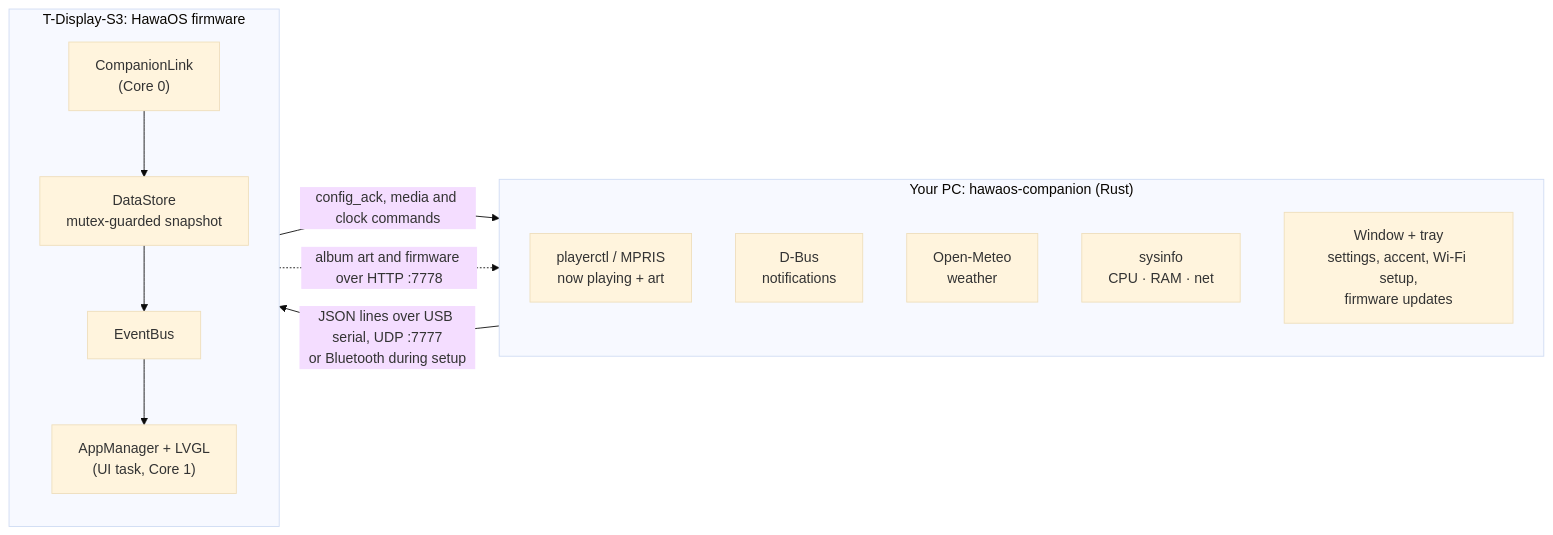
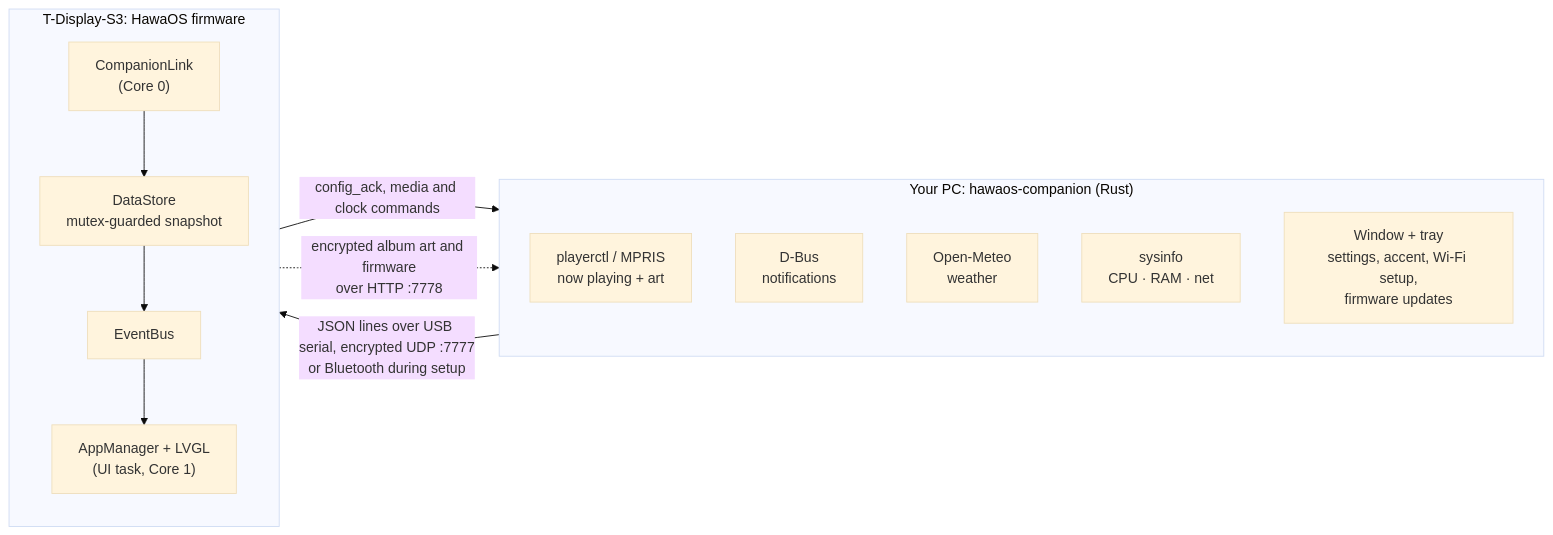
Before and after one commit to TheCodeHeist/hawaos-lilygo: the diagram in README.md, drawn with Mermaid (base theme). The commit also changed other lines of this file, not shown here.

First line of the commit message:
README: security section for the encrypted link

````diff
--- a/README.md
+++ b/README.md
@@ -76,21 +76,21 @@
 ```mermaid
 flowchart LR
   subgraph PC["Your PC: hawaos-companion (Rust)"]
     direction TB
     MP["playerctl / MPRIS<br>now playing + art"]
     NT["D-Bus<br>notifications"]
     WX["Open-Meteo<br>weather"]
     SY["sysinfo<br>CPU · RAM · net"]
     UI["Window + tray<br>settings, accent, Wi-Fi setup,<br>firmware updates"]
   end
 
   subgraph DEV["T-Display-S3: HawaOS firmware"]
     direction TB
     CL["CompanionLink<br>(Core 0)"] --> DS["DataStore<br>mutex-guarded snapshot"]
     DS --> EB["EventBus"] --> AM["AppManager + LVGL<br>(UI task, Core 1)"]
   end
 
-  PC -- "JSON lines over USB serial, UDP :7777<br>or Bluetooth during setup" --> CL
+  PC -- "JSON lines over USB serial, encrypted UDP :7777<br>or Bluetooth during setup" --> CL
   CL -- "config_ack, media and clock commands" --> PC
-  DEV -. "album art and firmware over HTTP :7778" .-> PC
+  DEV -. "encrypted album art and firmware<br>over HTTP :7778" .-> PC
 ```
````
